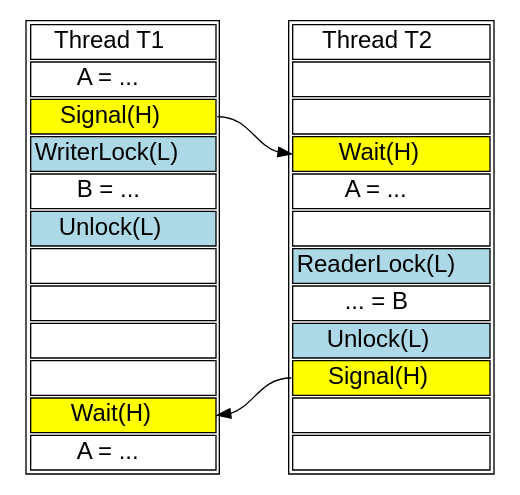
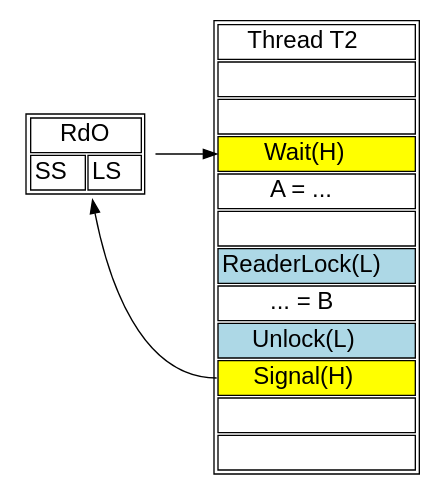
One commit to spurious/ThreadSanitizer-mirror changed the diagram in msm/exa1.dot. Above: the diagram before and after it, drawn with Graphviz. The commit also changed 20 other files, not shown here.

```diff
--- a/msm/exa1.dot
+++ b/msm/exa1.dot
@@ -1,39 +1,46 @@
 digraph exa1 {
   rankdir="LR"
   node [shape=plaintext fontname="Helvetica" rankdir="LR" labeljust="r" fontsize=18 ];
    T1  [label=<<TABLE BGCOLOR="white">  
       <tr>  <td port="0" > Thread T1 </td> </tr> 
       <tr>  <td> A = ... </td> </tr> 
       <tr>  <td bgcolor="yellow" port="signal"> Signal(H) </td> </tr> 
       <tr>  <td bgcolor="lightblue"> WriterLock(L) </td> </tr> 
       <tr>  <td> B = ... </td> </tr> 
       <tr>  <td bgcolor="lightblue"> Unlock(L) </td> </tr> 
       <tr>  <td>   </td> </tr> 
       <tr>  <td>   </td> </tr> 
       <tr>  <td>   </td> </tr> 
       <tr>  <td>   </td> </tr> 
       <tr>  <td bgcolor="yellow" port="wait"> Wait(H) </td> </tr> 
       <tr>  <td> A = ... </td> </tr> 
       </TABLE>>
+    ]
+  T1  [shape=plaintext label=<<TABLE BGCOLOR="white"> <tr> 
+        <td colspan="2">RdO</td> 
+      </tr> <tr> 
+        <td> SS </td>
+        <td> LS </td>
+      </tr> </TABLE>>
     ]
 
    T2 [label=<<TABLE BGCOLOR="white">  
       <tr>  <td port="0"> Thread T2 </td> </tr> 
       <tr>  <td>   </td> </tr> 
       <tr>  <td>   </td> </tr> 
       <tr>  <td bgcolor="yellow" port="wait"> Wait(H) </td> </tr> 
       <tr>  <td> A = ... </td> </tr> 
       <tr>  <td>   </td> </tr> 
       <tr>  <td bgcolor="lightblue"> ReaderLock(L) </td> </tr> 
       <tr>  <td> ... = B </td> </tr> 
       <tr>  <td bgcolor="lightblue"> Unlock(L) </td> </tr> 
       <tr>  <td bgcolor="yellow" port="signal"> Signal(H) </td> </tr> 
       <tr>  <td>  </td> </tr> 
       <tr>  <td>  </td> </tr> 
       </TABLE>>
     ]
 
     T1:0 -> T2:0 [color="white" style="invis"];
     T1:signal -> T2:wait;
     T2:signal -> T1:wait;
 }
```
